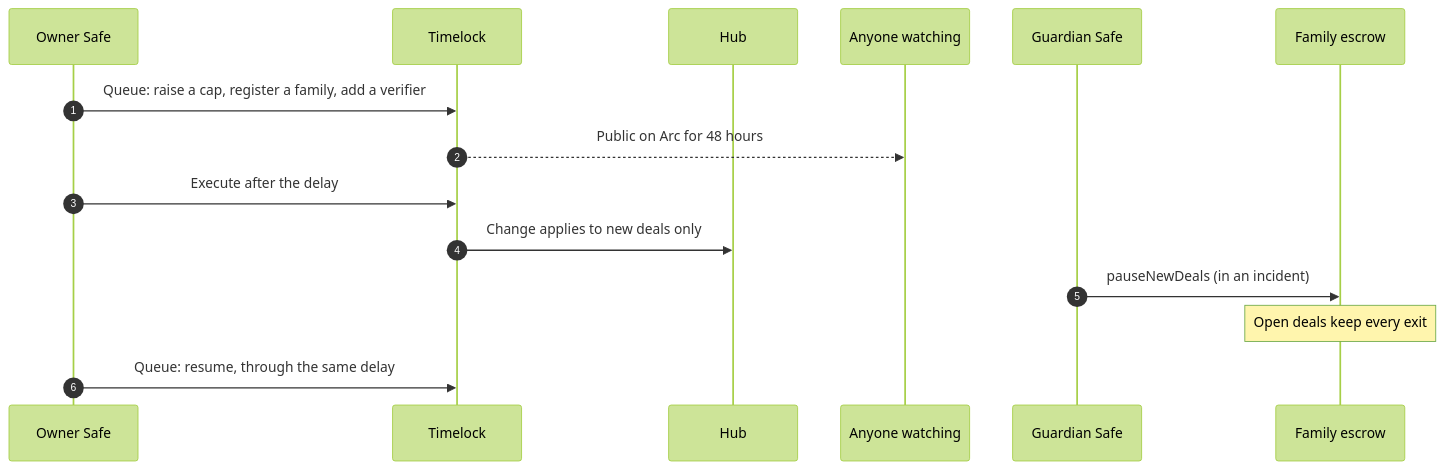
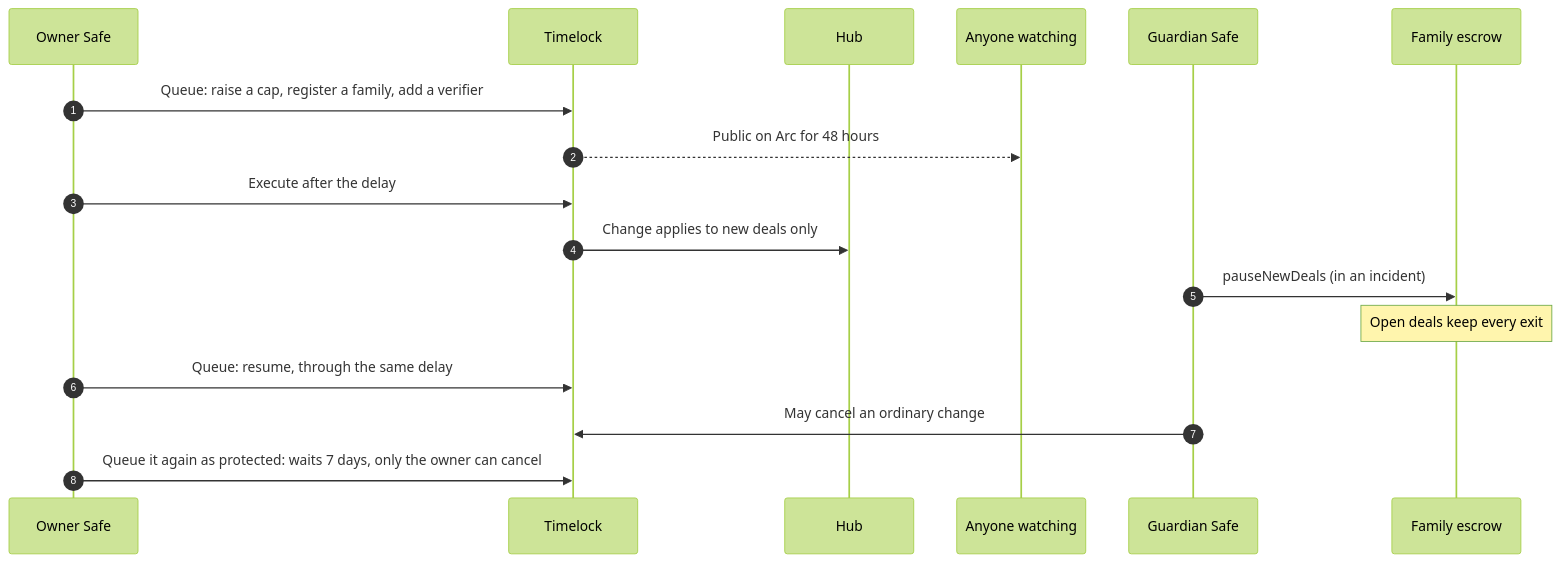
The sixth of 6 diagrams in docs/architecture/11-contracts.md (Iziedking/Karwan), drawn with Mermaid (forest theme) before and after one commit. The commit also changed other lines of this file, not shown here.

Commit message:
docs(architecture): view 11 marks the foundation built and states guardian limits, family revoke, payee consent and payees added before payout

````diff
--- a/docs/architecture/11-contracts.md
+++ b/docs/architecture/11-contracts.md
@@ -207,18 +208,20 @@
 ```mermaid
 sequenceDiagram
   autonumber
   participant OS as Owner Safe
   participant TL as Timelock
   participant HUB as Hub
   participant PUB as Anyone watching
   participant GS as Guardian Safe
   participant ESC as Family escrow
 
   OS->>TL: Queue: raise a cap, register a family, add a verifier
   TL-->>PUB: Public on Arc for 48 hours
   OS->>TL: Execute after the delay
   TL->>HUB: Change applies to new deals only
   GS->>ESC: pauseNewDeals (in an incident)
   Note over ESC: Open deals keep every exit
   OS->>TL: Queue: resume, through the same delay
+  GS->>TL: May cancel an ordinary change
+  OS->>TL: Queue it again as protected: waits 7 days, only the owner can cancel
 ```
````
